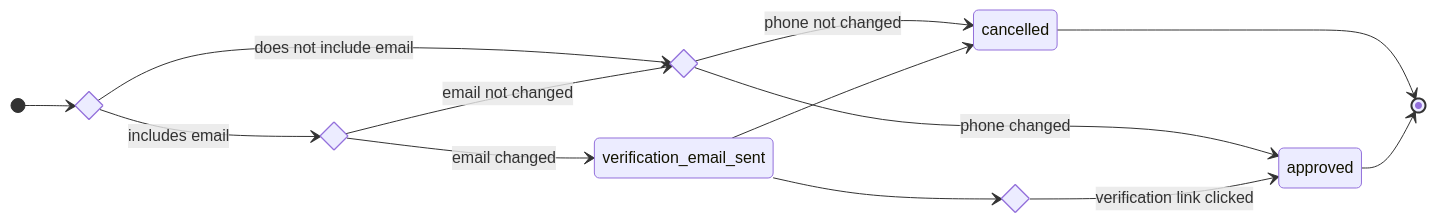
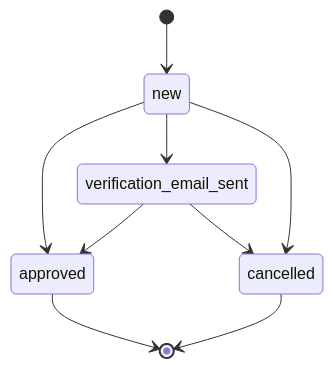
One commit to Amsterdam/signals changed the diagram in docs/adr/0004-reporter_updates.md. Above: the diagram before and after it, drawn with Mermaid. The commit also changed other lines of this file, not shown here.

Commit message:
Update reporter updates ADR (#1331)

````diff
--- a/docs/adr/0004-reporter_updates.md
+++ b/docs/adr/0004-reporter_updates.md
@@ -64,21 +67,11 @@
 ```mermaid
 stateDiagram-v2
-    direction LR
-    state includes_email <<choice>>
-    state email_changed <<choice>>
-    state phone_changed <<choice>>
-    state verification_link_clicked <<choice>>
-
-    [*] --> includes_email
-    includes_email --> phone_changed: does not include email
-    includes_email --> email_changed: includes email
-    email_changed --> phone_changed: email not changed
-    email_changed --> verification_email_sent: email changed
-    phone_changed --> cancelled: phone not changed
-    phone_changed --> approved: phone changed
+    [*] --> new
+    new --> approved
+    new --> verification_email_sent
+    verification_email_sent --> approved
     verification_email_sent --> cancelled
-    verification_email_sent --> verification_link_clicked
-    verification_link_clicked --> approved: verification link clicked
+    new --> cancelled
     cancelled --> [*]
     approved --> [*]
 ```
````
